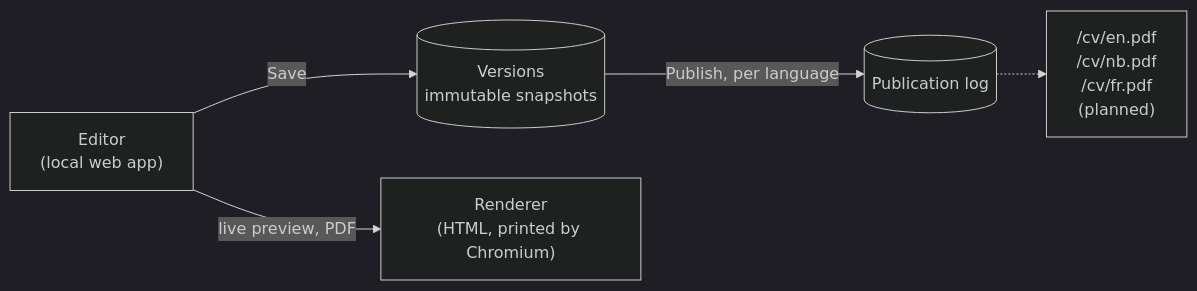
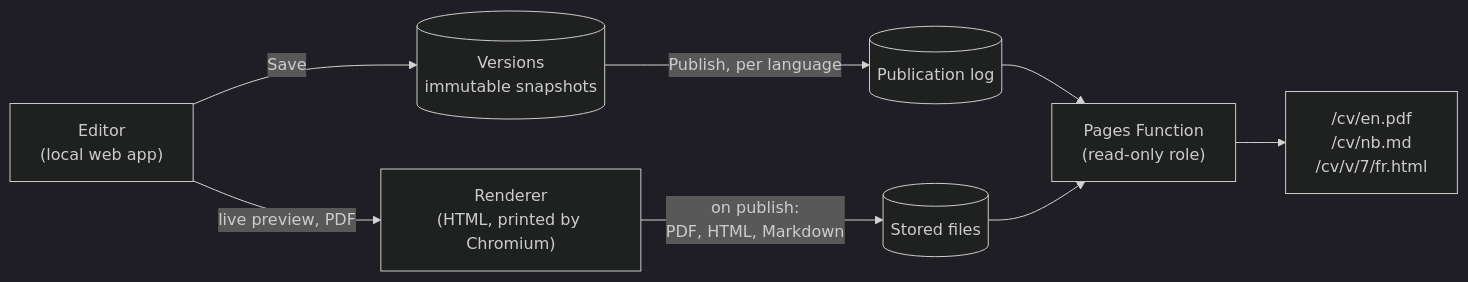
One commit to ralanwilliams/R.-Alan-Williams changed the diagram in README.md. Above: the diagram before and after it, drawn with Mermaid (dark theme). The commit also changed other lines of this file and 16 other files, not shown here.

Commit message:
feat(RAlanWilliams): Serve published CVs at /cv from a Pages Function

````diff
--- a/README.md
+++ b/README.md
@@ -24,7 +24,10 @@
 ```mermaid
 flowchart LR
     E["Editor<br/>(local web app)"] -- Save --> V[("Versions<br/>immutable snapshots")]
     E -- "live preview, PDF" --> R["Renderer<br/>(HTML, printed by Chromium)"]
     V -- "Publish, per language" --> P[("Publication log")]
-    P -.-> U["/cv/en.pdf<br/>/cv/nb.pdf<br/>/cv/fr.pdf<br/>(planned)"]
+    R -- "on publish:<br/>PDF, HTML, Markdown" --> F[("Stored files")]
+    P --> W["Pages Function<br/>(read-only role)"]
+    F --> W
+    W --> U["/cv/en.pdf<br/>/cv/nb.md<br/>/cv/v/7/fr.html"]
 ```
````
